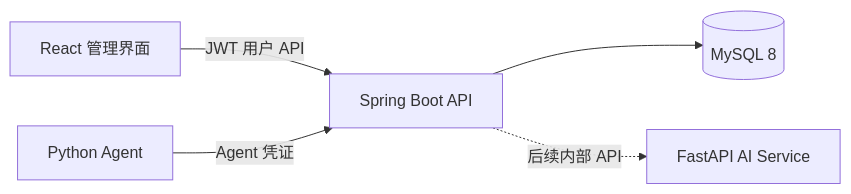
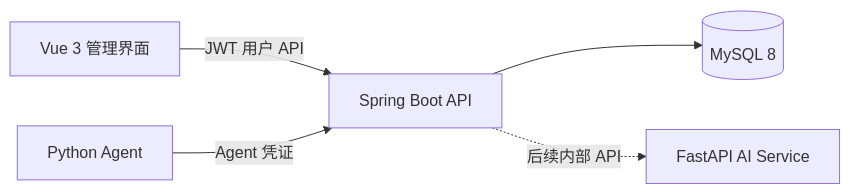
One commit to Zhanghaorenen/aiops changed the first of 2 diagrams in docs/architecture.md. Above: the diagram before and after it, drawn with Mermaid. The commit also changed 34 other files, not shown here.

First line of the commit message:
feat: migrate frontend from React to Vue, implement core components and routing

````diff
--- a/docs/architecture.md
+++ b/docs/architecture.md
@@ -15,7 +15,7 @@
 ```mermaid
 flowchart LR
-  UI[React 管理界面] -->|JWT 用户 API| API[Spring Boot API]
+  UI[Vue 3 管理界面] -->|JWT 用户 API| API[Spring Boot API]
   Agent[Python Agent] -->|Agent 凭证| API
   API --> DB[(MySQL 8)]
   API -. 后续内部 API .-> AI[FastAPI AI Service]
 ```
````
